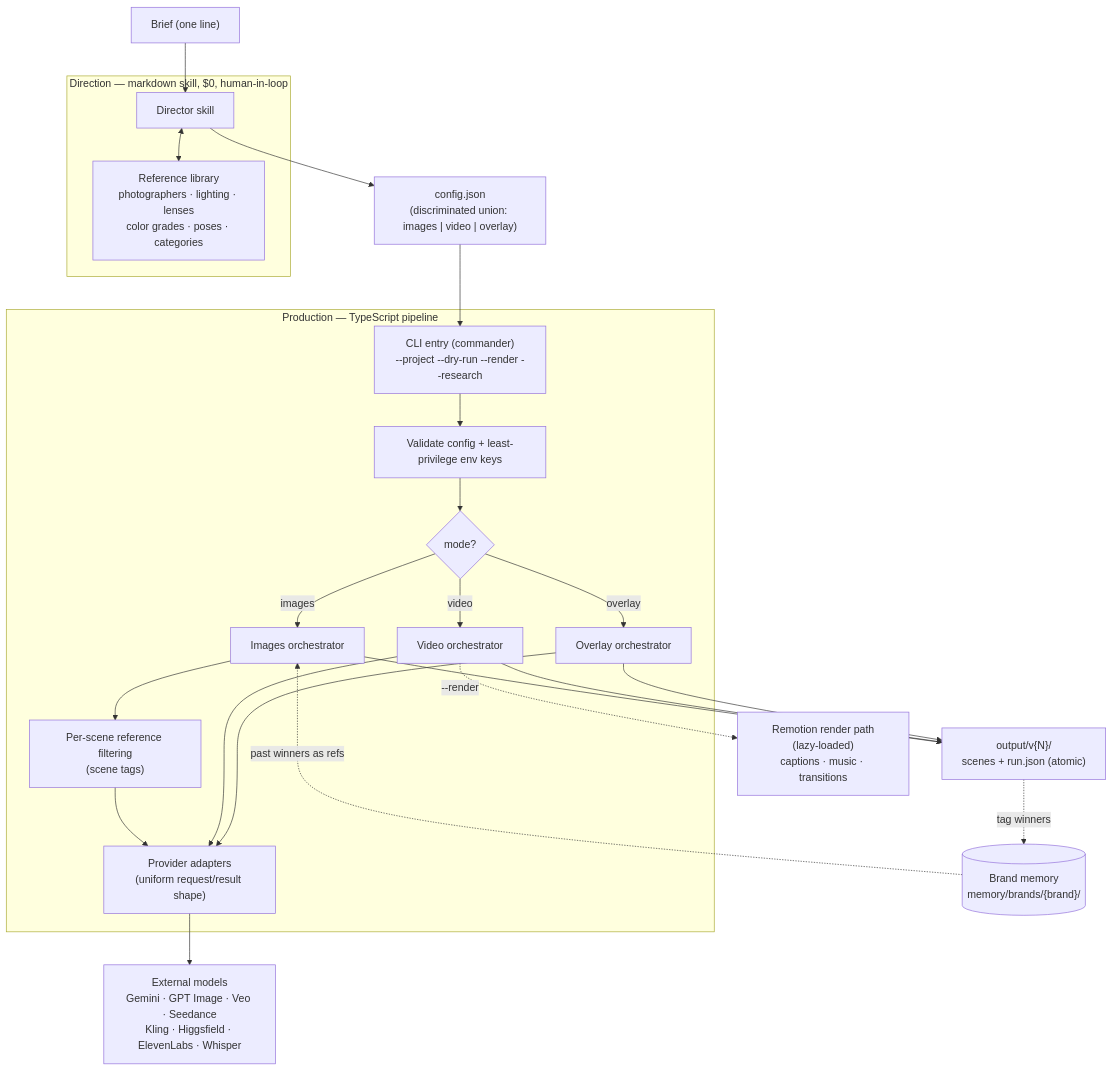
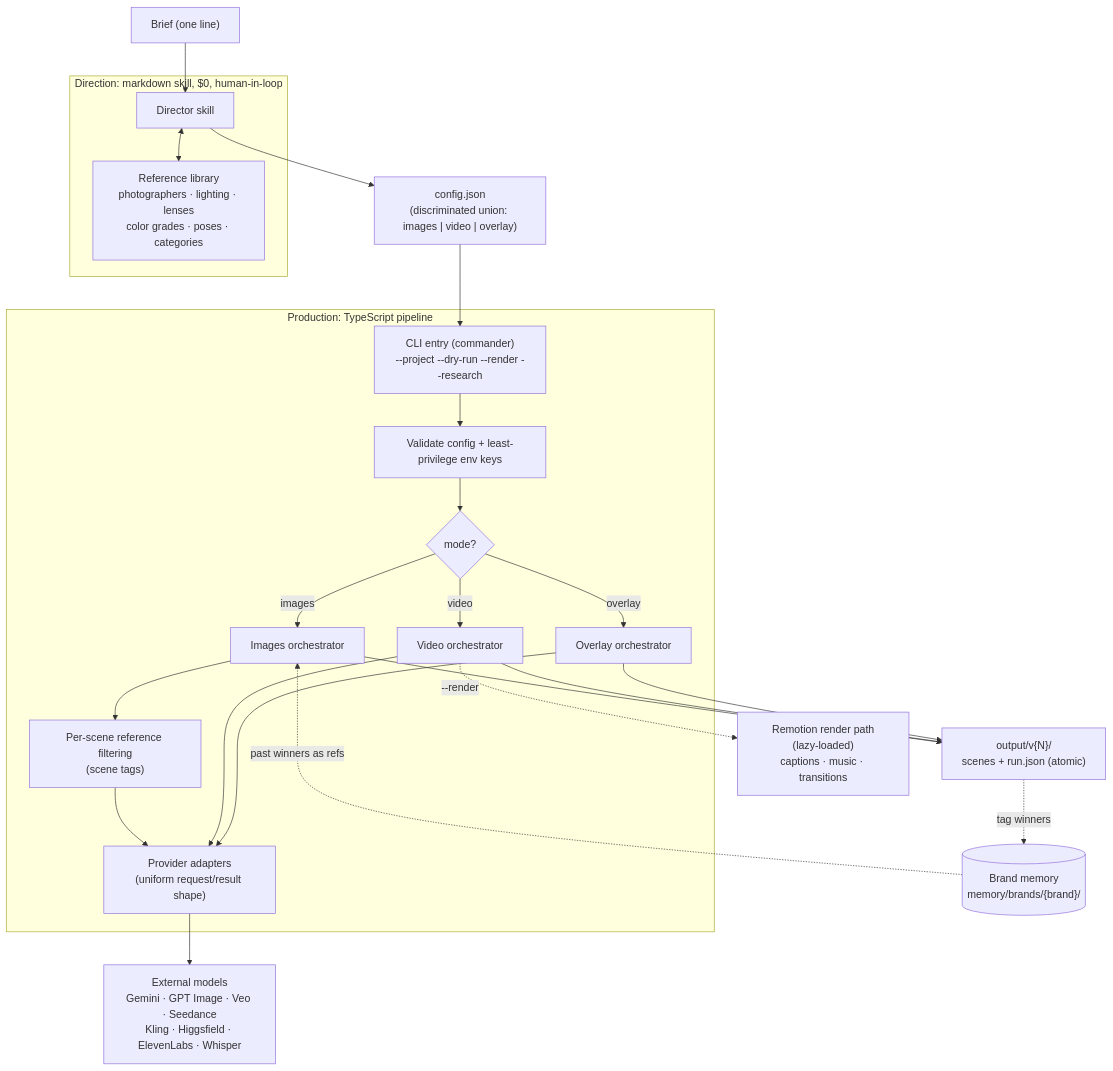
The first of 3 diagrams in docs/architecture.md (mirasolutions06/ai-video-image-generation-pipeline), drawn with Mermaid before and after one commit. The commit also changed other lines of this file and 6 other files, not shown here.

````diff
--- a/docs/architecture.md
+++ b/docs/architecture.md
@@ -23,40 +23,40 @@
 ```mermaid
 flowchart TD
     brief["Brief (one line)"] --> director
 
-    subgraph direction["Direction — markdown skill, $0, human-in-loop"]
+    subgraph direction["Direction: markdown skill, $0, human-in-loop"]
         director["Director skill"]
         reflib["Reference library<br/>photographers · lighting · lenses<br/>color grades · poses · categories"]
         director <--> reflib
     end
 
     director --> config["config.json<br/>(discriminated union: images | video | overlay)"]
 
     config --> cli["CLI entry (commander)<br/>--project --dry-run --render --research"]
 
-    subgraph production["Production — TypeScript pipeline"]
+    subgraph production["Production: TypeScript pipeline"]
         cli --> validate["Validate config + least-privilege env keys"]
         validate --> route{"mode?"}
         route -->|images| images["Images orchestrator"]
         route -->|video| video["Video orchestrator"]
         route -->|overlay| overlay["Overlay orchestrator"]
 
         images --> refs["Per-scene reference filtering<br/>(scene tags)"]
         refs --> adapters
         video --> adapters
         overlay --> adapters
 
         adapters["Provider adapters<br/>(uniform request/result shape)"]
     end
 
     adapters --> providers["External models<br/>Gemini · GPT Image · Veo · Seedance<br/>Kling · Higgsfield · ElevenLabs · Whisper"]
 
     images --> output["output/v{N}/<br/>scenes + run.json (atomic)"]
     video --> output
     overlay --> output
 
     output -.tag winners.-> memory[("Brand memory<br/>memory/brands/{brand}/")]
     memory -.past winners as refs.-> images
 
     video -.->|--render| remotion["Remotion render path<br/>(lazy-loaded)<br/>captions · music · transitions"]
 ```
````
